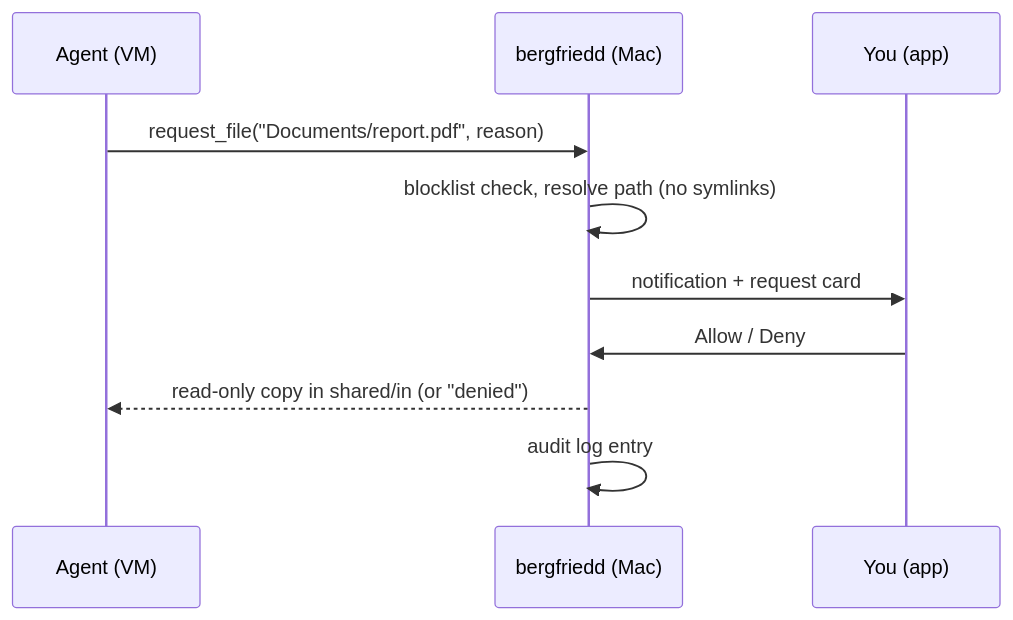
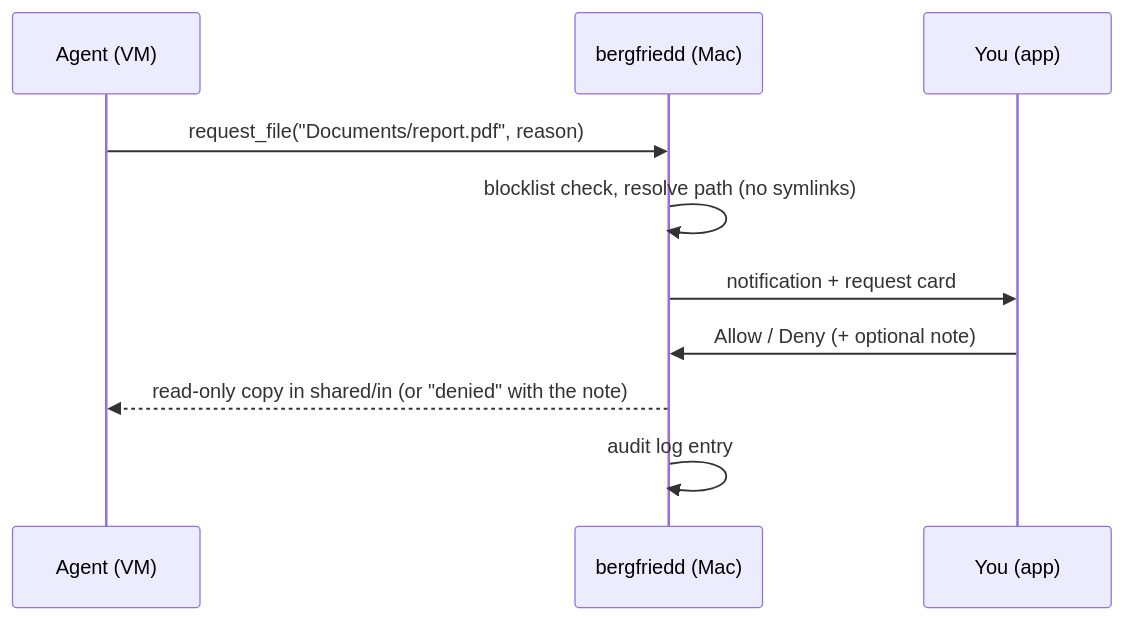
The second of 2 diagrams in docs/ARCHITECTURE.md (DevertNet/bergfried), drawn with Mermaid before and after one commit. The commit also changed other lines of this file and 20 other files, not shown here.

````diff
--- a/docs/ARCHITECTURE.md
+++ b/docs/ARCHITECTURE.md
@@ -39,12 +39,12 @@
 ```mermaid
 sequenceDiagram
   participant A as Agent (VM)
   participant D as bergfriedd (Mac)
   participant U as You (app)
   A->>D: request_file("Documents/report.pdf", reason)
   D->>D: blocklist check, resolve path (no symlinks)
   D->>U: notification + request card
-  U->>D: Allow / Deny
-  D-->>A: read-only copy in shared/in (or "denied")
+  U->>D: Allow / Deny (+ optional note)
+  D-->>A: read-only copy in shared/in (or "denied" with the note)
   D->>D: audit log entry
 ```
````
